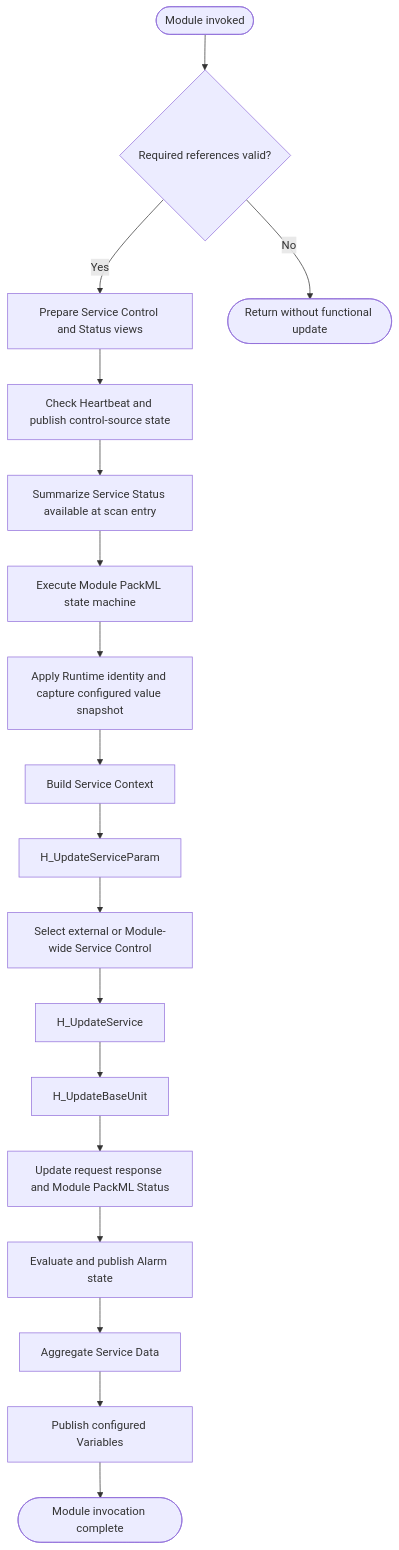
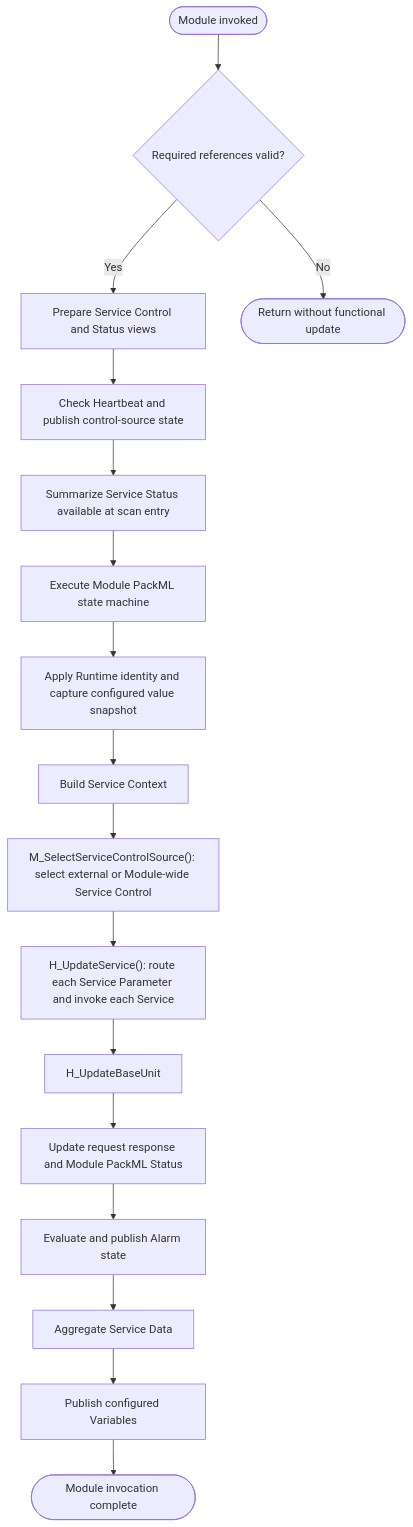
Before and after one commit to henry6107/semi_robust_solution_framework_demo: the sixth of 14 diagrams in robust_solution_simple_module/Spec/Robust_Solution_Function_Object_Development_Spec.md, drawn with Mermaid. The commit also changed other lines of this file and 3 other files, not shown here.

Commit message:
修改: Service Param 合併到 Service Update method 中一併處理

````diff
--- a/robust_solution_simple_module/Spec/Robust_Solution_Function_Object_Development_Spec.md
+++ b/robust_solution_simple_module/Spec/Robust_Solution_Function_Object_Development_Spec.md
@@ -847,39 +847,37 @@
 ```mermaid
 flowchart TD
     Start([Module invoked])
     ValidateRefs{Required references valid?}
     PrepareViews[Prepare Service Control and Status views]
     Heartbeat[Check Heartbeat and publish control-source state]
     Summary[Summarize Service Status available at scan entry]
     ModulePackML[Execute Module PackML state machine]
     Snapshot[Apply Runtime identity and capture configured value snapshot]
     Context[Build Service Context]
-    Params[H_UpdateServiceParam]
-    SelectCtrl[Select external or Module-wide Service Control]
-    Services[H_UpdateService]
+    SelectCtrl["M_SelectServiceControlSource(): select external or Module-wide Service Control"]
+    Services["H_UpdateService(): route each Service Parameter and invoke each Service"]
     BaseUnits[H_UpdateBaseUnit]
     Response[Update request response and Module PackML Status]
     Alarm[Evaluate and publish Alarm state]
     Data[Aggregate Service Data]
     Variables[Publish configured Variables]
     Done([Module invocation complete])
     Inert([Return without functional update])
 
     Start --> ValidateRefs
     ValidateRefs -->|No| Inert
     ValidateRefs -->|Yes| PrepareViews
     PrepareViews --> Heartbeat
     Heartbeat --> Summary
     Summary --> ModulePackML
     ModulePackML --> Snapshot
     Snapshot --> Context
-    Context --> Params
-    Params --> SelectCtrl
+    Context --> SelectCtrl
     SelectCtrl --> Services
     Services --> BaseUnits
     BaseUnits --> Response
     Response --> Alarm
     Alarm --> Data
     Data --> Variables
     Variables --> Done
 ```
````
